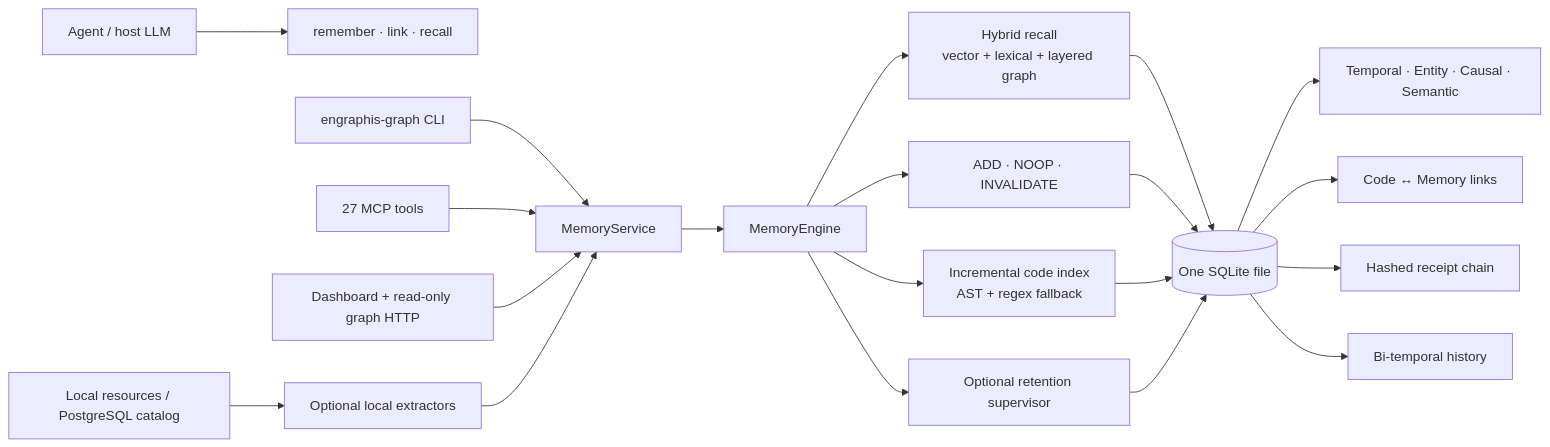
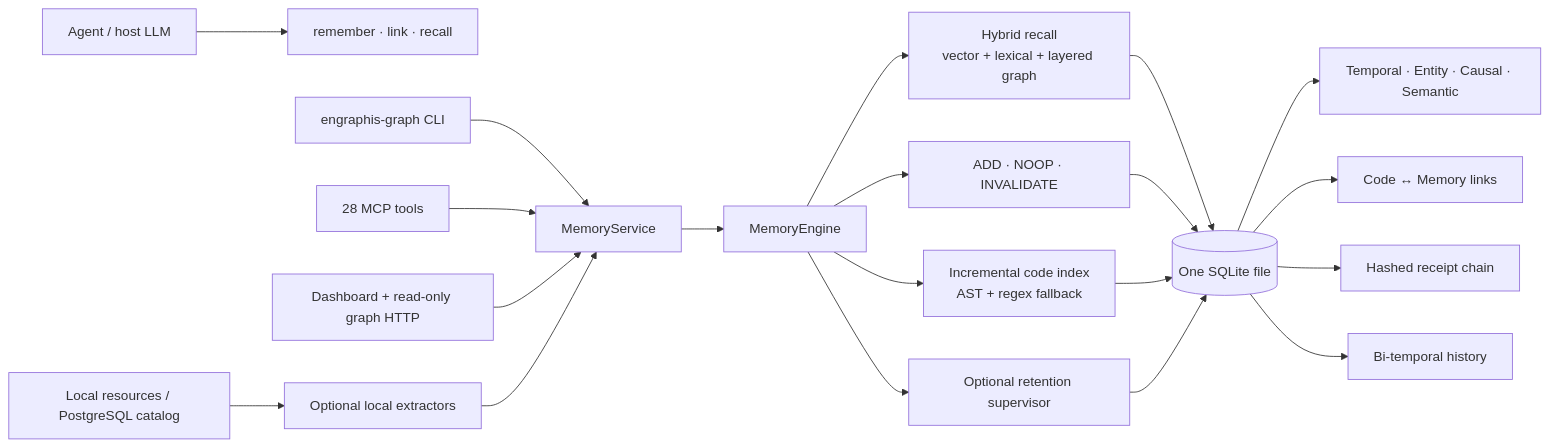
One commit to Coding-Dev-Tools/engraphis changed the diagram in docs/ARCHITECTURE_V3.md. Above: the diagram before and after it, drawn with Mermaid. The commit also changed 58 other files, not shown here.

````diff
--- a/docs/ARCHITECTURE_V3.md
+++ b/docs/ARCHITECTURE_V3.md
@@ -6,25 +6,25 @@
 ```mermaid
 flowchart LR
     Agent["Agent / host LLM"] --> Intent["remember · link · recall"]
     CLI["engraphis-graph CLI"] --> Service["MemoryService"]
-    MCP["27 MCP tools"] --> Service
+    MCP["28 MCP tools"] --> Service
     HTTP["Dashboard + read-only graph HTTP"] --> Service
     Import["Local resources / PostgreSQL catalog"] --> Extractors["Optional local extractors"]
     Extractors --> Service
 
     Service --> Engine["MemoryEngine"]
     Engine --> Recall["Hybrid recall\nvector + lexical + layered graph"]
     Engine --> Resolver["ADD · NOOP · INVALIDATE"]
     Engine --> Code["Incremental code index\nAST + regex fallback"]
     Engine --> Retention["Optional retention supervisor"]
 
     Recall --> SQLite[("One SQLite file")]
     Resolver --> SQLite
     Code --> SQLite
     Retention --> SQLite
 
     SQLite --> Layers["Temporal · Entity · Causal · Semantic"]
     SQLite --> Bridge["Code ↔ Memory links"]
     SQLite --> Receipts["Hashed receipt chain"]
     SQLite --> History["Bi-temporal history"]
 ```
````
